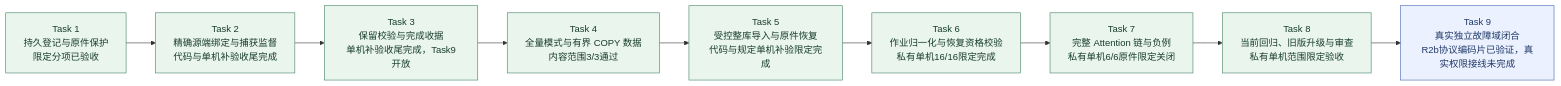
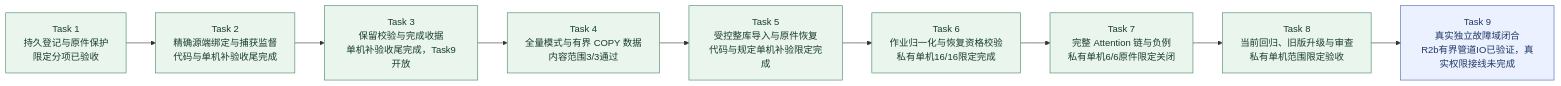
Before and after one commit to MansurnamedZhang/learning-system-p0c4: the second of 9 diagrams in docs/KnowWeave实施路线与系统架构.md, drawn with Mermaid. The commit also changed other lines of this file and 14 other files, not shown here.

````diff
--- a/docs/KnowWeave实施路线与系统架构.md
+++ b/docs/KnowWeave实施路线与系统架构.md
@@ -80,25 +80,25 @@
 ```mermaid
 flowchart LR
     C4T1["Task 1<br/>持久登记与原件保护<br/>限定分项已验收"]
     C4T2["Task 2<br/>精确源端绑定与捕获监督<br/>代码与单机补验收尾完成"]
     C4T3["Task 3<br/>保留校验与完成收据<br/>单机补验收尾完成，Task9开放"]
     C4T4["Task 4<br/>全量模式与有界 COPY 数据<br/>内容范围3/3通过"]
     C4T5["Task 5<br/>受控整库导入与原件恢复<br/>代码与规定单机补验限定完成"]
     C4T6["Task 6<br/>作业归一化与恢复资格校验<br/>私有单机16/16限定完成"]
     C4T7["Task 7<br/>完整 Attention 链与负例<br/>私有单机6/6原件限定关闭"]
     C4T8["Task 8<br/>当前回归、旧版升级与审查<br/>私有单机范围限定验收"]
-    C4T9["Task 9<br/>真实独立故障域闭合<br/>R2b协议编码片已验证，真实权限接线未完成"]
+    C4T9["Task 9<br/>真实独立故障域闭合<br/>R2b有界管道IO已验证，真实权限接线未完成"]
     C4T1 --> C4T2
     C4T2 --> C4T3
     C4T3 --> C4T4
     C4T4 --> C4T5
     C4T5 --> C4T6
     C4T6 --> C4T7
     C4T7 --> C4T8
     C4T8 --> C4T9
     class C4T1,C4T2,C4T3,C4T4,C4T5,C4T6,C4T7,C4T8 done
     class C4T9 next
     classDef done fill:#eaf5ee,stroke:#438363,color:#173d2b
     classDef next fill:#ebf1ff,stroke:#4365b4,color:#203866
     classDef planned fill:#f2f4f8,stroke:#8591a3,color:#28354b
 ```
````
